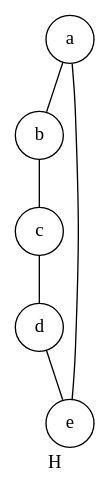
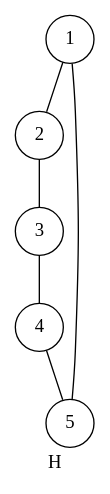
Before and after one commit to h4tguy/gt-hons: the diagram in tut1/115/115cH.dot, drawn with Graphviz. The commit also changed 15 other files, not shown here.

Commit message:
more consistent graph labelling

```diff
--- a/tut1/115/115cH.dot
+++ b/tut1/115/115cH.dot
@@ -1,8 +1,8 @@
 graph H {
     splines=true
     overlap=false
     edge [len=2]
     node [shape=circle]
     label="H"
-    a -- b -- c -- d -- e -- a
+    1 -- 2 -- 3 -- 4 -- 5 -- 1
 }
```
